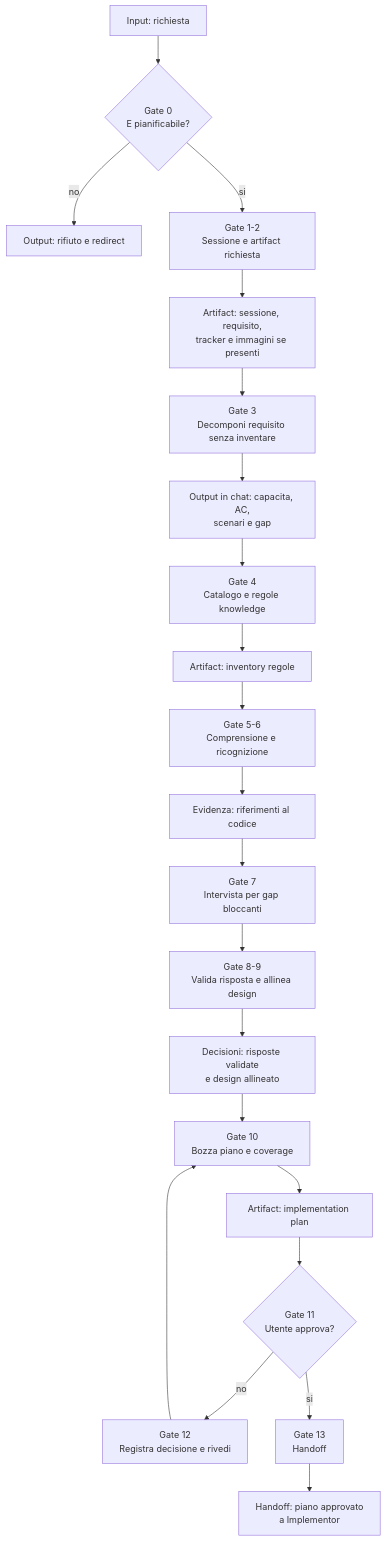
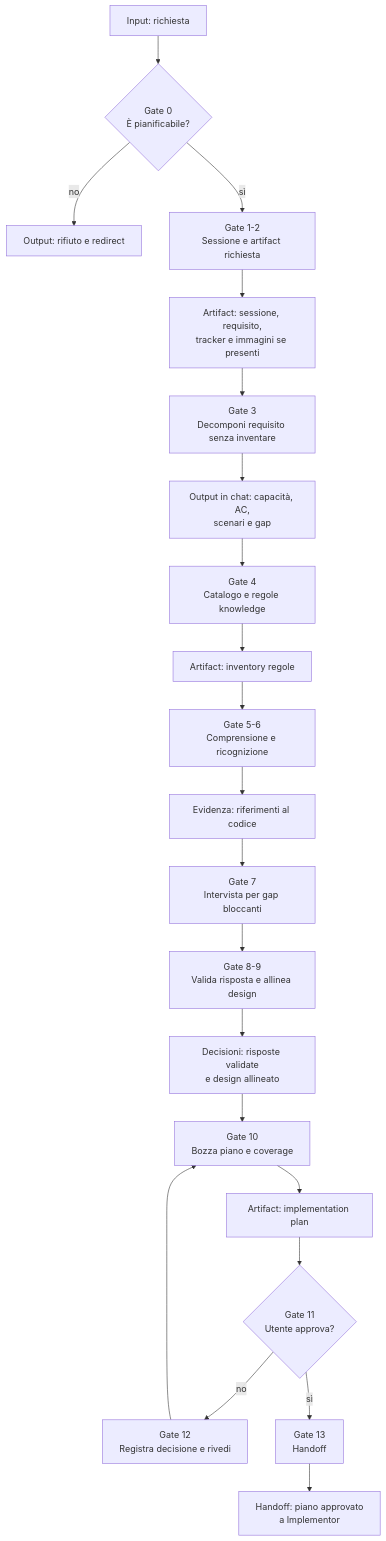
Before and after one commit to violabg/agentic-system-lessons: the diagram in role-maps/agents/planner.md, drawn with Mermaid. The commit also changed other lines of this file and 51 other files, not shown here.

````diff
--- a/role-maps/agents/planner.md
+++ b/role-maps/agents/planner.md
@@ -15,23 +17,23 @@
 ```mermaid
 flowchart TD
-    Request[Input: richiesta] --> G0{Gate 0<br/>E pianificabile?}
+    Request[Input: richiesta] --> G0{Gate 0<br/>È pianificabile?}
     G0 -->|no| Refuse[Output: rifiuto e redirect]
-    G0 -->|si| G1[Gate 1-2<br/>Sessione e artifact richiesta]
+    G0 -->|sì| G1[Gate 1-2<br/>Sessione e artifact richiesta]
     G1 --> Intake[Artifact: sessione, requisito,<br/>tracker e immagini se presenti]
     Intake --> G3[Gate 3<br/>Decomponi requisito senza inventare]
-    G3 --> Requirement[Output in chat: capacita, AC,<br/>scenari e gap]
+    G3 --> Requirement[Output in chat: capacità, AC,<br/>scenari e gap]
     Requirement --> G4[Gate 4<br/>Catalogo e regole knowledge]
     G4 --> Rules[Artifact: inventory regole]
     Rules --> G5G6[Gate 5-6<br/>Comprensione e ricognizione]
     G5G6 --> Evidence[Evidenza: riferimenti al codice]
     Evidence --> G7[Gate 7<br/>Intervista per gap bloccanti]
     G7 --> G8[Gate 8-9<br/>Valida risposta e allinea design]
     G8 --> Design[Decisioni: risposte validate<br/>e design allineato]
     Design --> G10[Gate 10<br/>Bozza piano e coverage]
     G10 --> Draft[Artifact: implementation plan]
     Draft --> G11{Gate 11<br/>Utente approva?}
     G11 -->|no| G12[Gate 12<br/>Registra decisione e rivedi]
     G12 --> G10
-    G11 -->|si| G13[Gate 13<br/>Handoff]
+    G11 -->|sì| G13[Gate 13<br/>Handoff]
     G13 --> Handoff[Handoff: piano approvato<br/>a Implementor]
 ```
````
